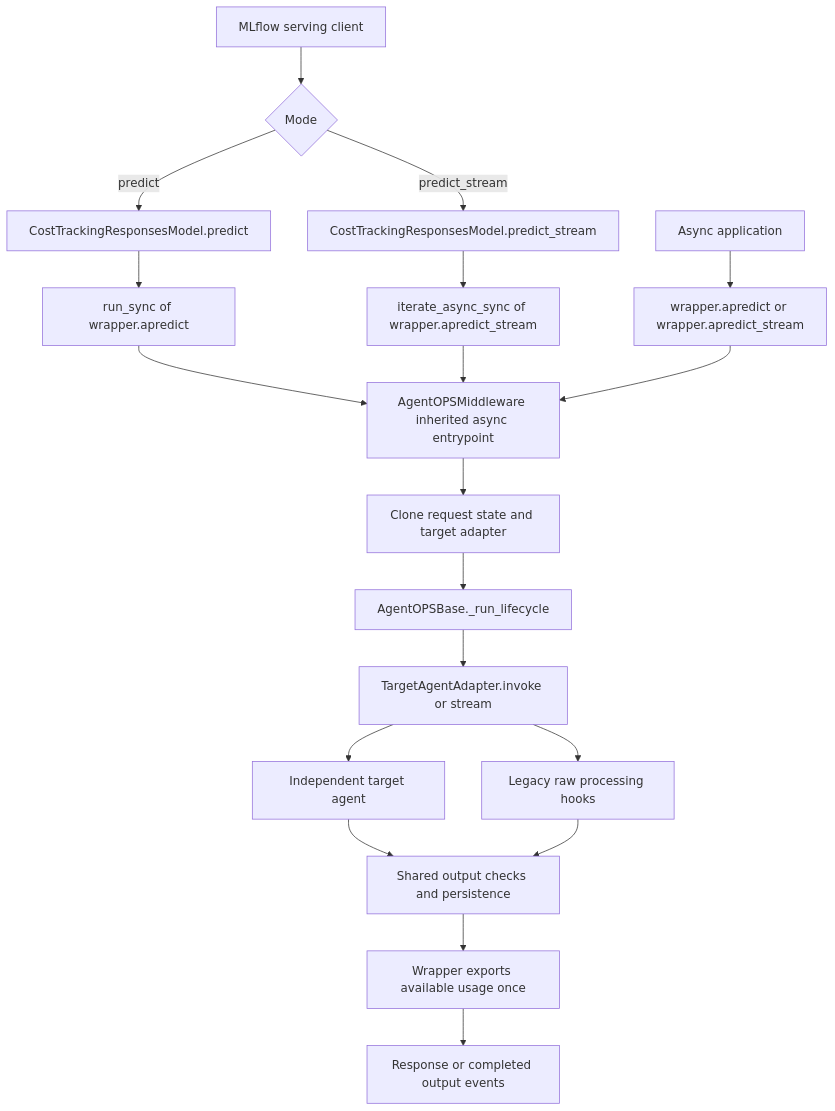
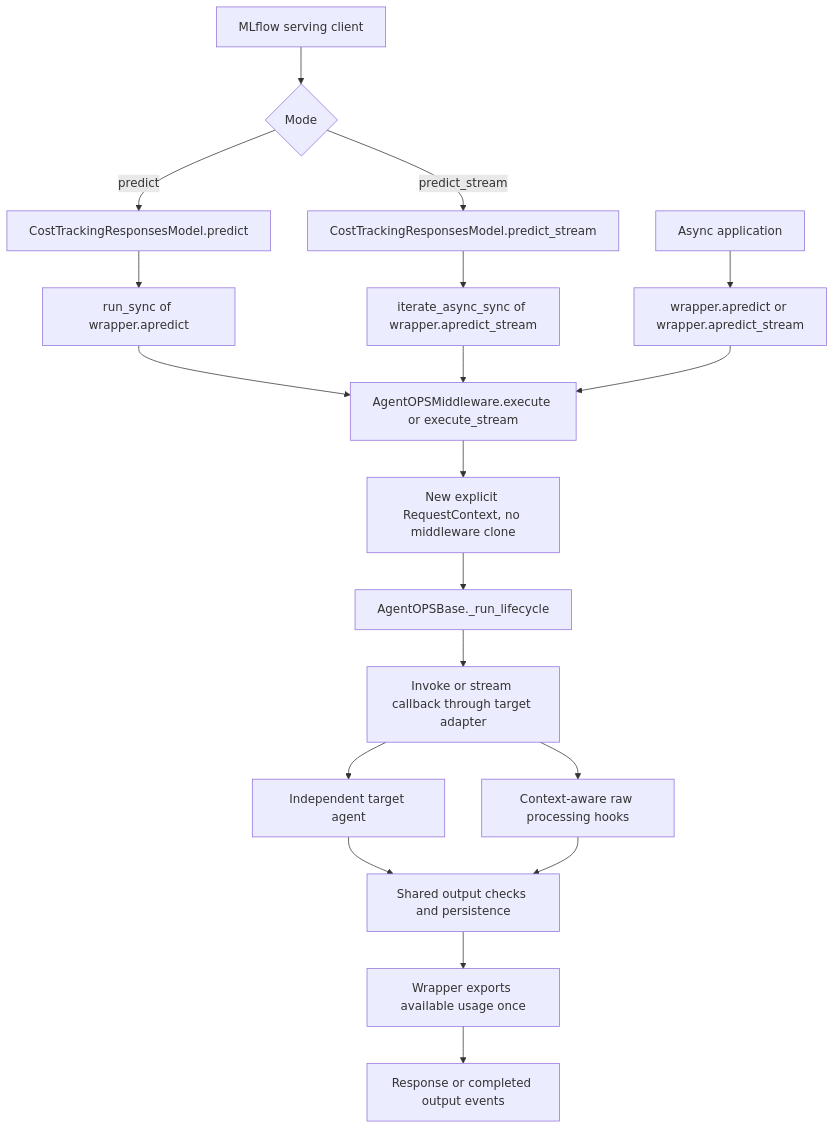
Before and after one commit to Narendra9999/Agentops-service: the diagram in docs/development/diagrams/agentops-entry-points.mmd, drawn with Mermaid. The commit also changed 28 other files, not shown here.

Commit message:
Refactor inference to clone-free callbacks with explicit request context

```diff
--- a/docs/development/diagrams/agentops-entry-points.mmd
+++ b/docs/development/diagrams/agentops-entry-points.mmd
@@ -1,19 +1,19 @@
 flowchart TD
     U[MLflow serving client] --> M{Mode}
     M -->|predict| P[CostTrackingResponsesModel.predict]
     M -->|predict_stream| S[CostTrackingResponsesModel.predict_stream]
     P --> R[run_sync of wrapper.apredict]
     S --> I[iterate_async_sync of wrapper.apredict_stream]
     A[Async application] --> AP[wrapper.apredict or wrapper.apredict_stream]
-    R --> B[AgentOPSMiddleware inherited async entrypoint]
+    R --> B[AgentOPSMiddleware.execute or execute_stream]
     I --> B
     AP --> B
-    B --> C[Clone request state and target adapter]
+    B --> C[New explicit RequestContext, no middleware clone]
     C --> L[AgentOPSBase._run_lifecycle]
-    L --> D[TargetAgentAdapter.invoke or stream]
+    L --> D[Invoke or stream callback through target adapter]
     D --> T[Independent target agent]
-    D --> H[Legacy raw processing hooks]
+    D --> H[Context-aware raw processing hooks]
     T --> O[Shared output checks and persistence]
     H --> O
     O --> E[Wrapper exports available usage once]
     E --> F[Response or completed output events]
```
